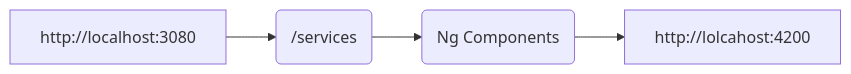
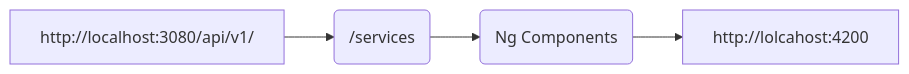
One commit to sortizs/WWC-fromHeroToSuperhero changed the second of 2 diagrams in steadyReadyGo/README.md. Above: the diagram before and after it, drawn with Mermaid. The commit also changed other lines of this file, not shown here.

Commit message:
SteadyReadyGo: README Adjustment

````diff
--- a/steadyReadyGo/README.md
+++ b/steadyReadyGo/README.md
@@ -35,6 +35,6 @@
 ```mermaid
 graph LR
-A[http://localhost:3080] --> B(/services)
+A[http://localhost:3080/api/v1/] --> B(/services)
 B --> C(Ng Components)
 C --> D[http://lolcahost:4200]
 ```
````
